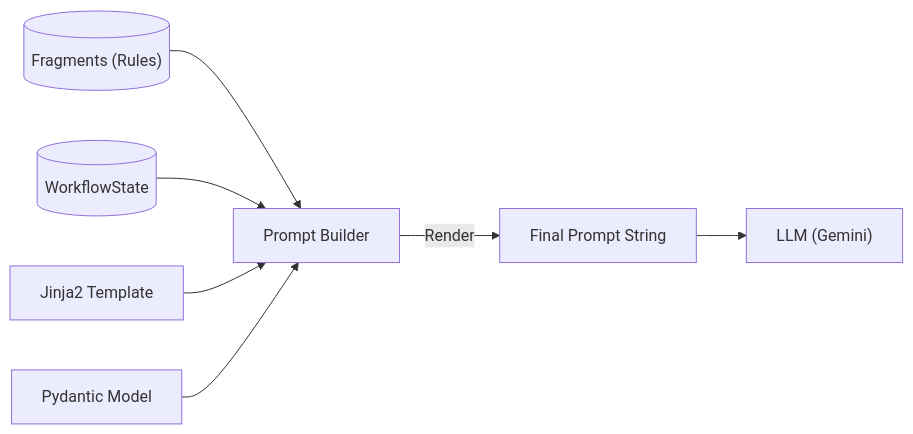
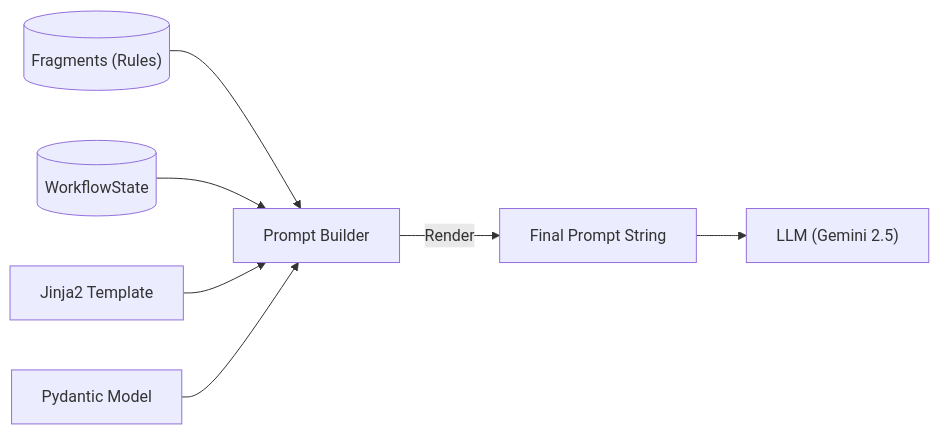
Before and after one commit to launis/quorum: the diagram in docs/prompt_engineering.md, drawn with Mermaid. The commit also changed other lines of this file and 17 other files, not shown here.

Commit message:
feat: Add comprehensive V2.5 documentation and implement a new async backend architecture with worker services and LLM provider.

````diff
--- a/docs/prompt_engineering.md
+++ b/docs/prompt_engineering.md
@@ -17,10 +17,10 @@
 ```mermaid
 graph LR
     Fragments[("Fragments (Rules)")] --> Builder["Prompt Builder"]
     State[("WorkflowState")] --> Builder
     Template["Jinja2 Template"] --> Builder
     Schema["Pydantic Model"] --> Builder
     
     Builder -- Render --> Final["Final Prompt String"]
-    Final --> LLM["LLM (Gemini)"]
+    Final --> LLM["LLM (Gemini 2.5)"]
 ```
````
